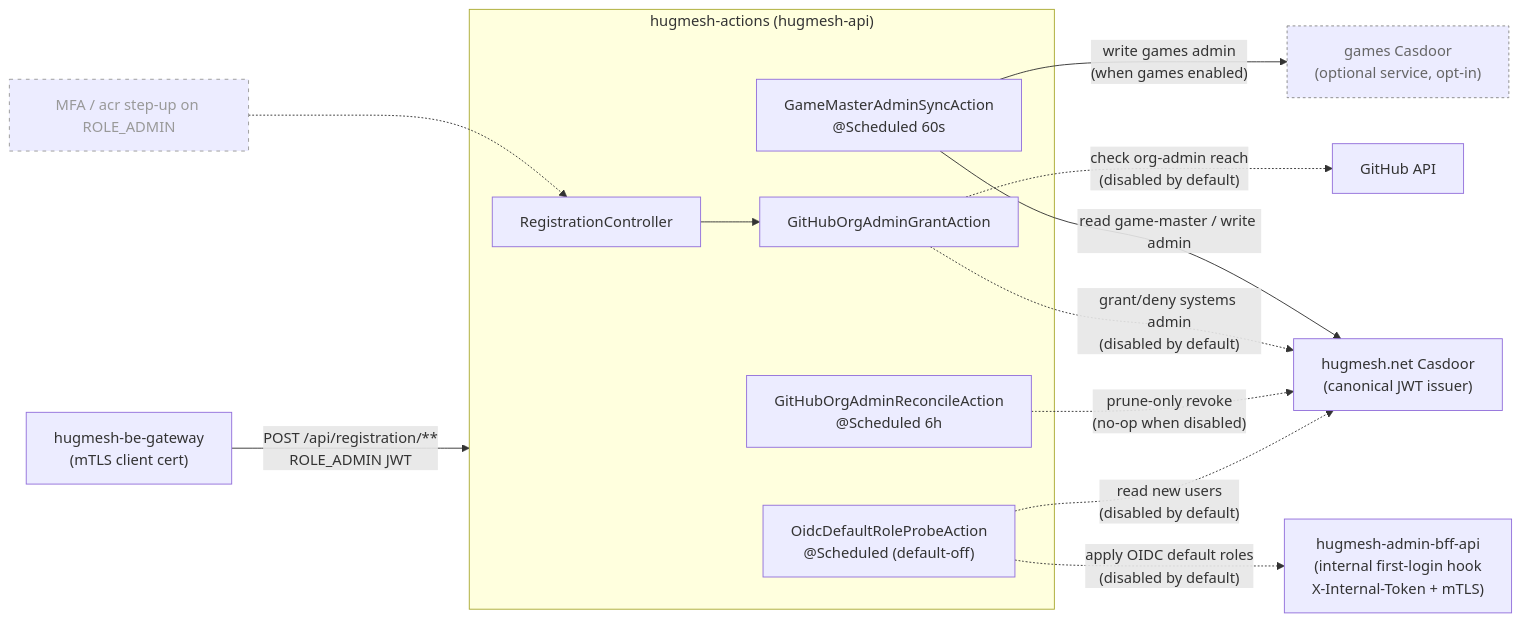
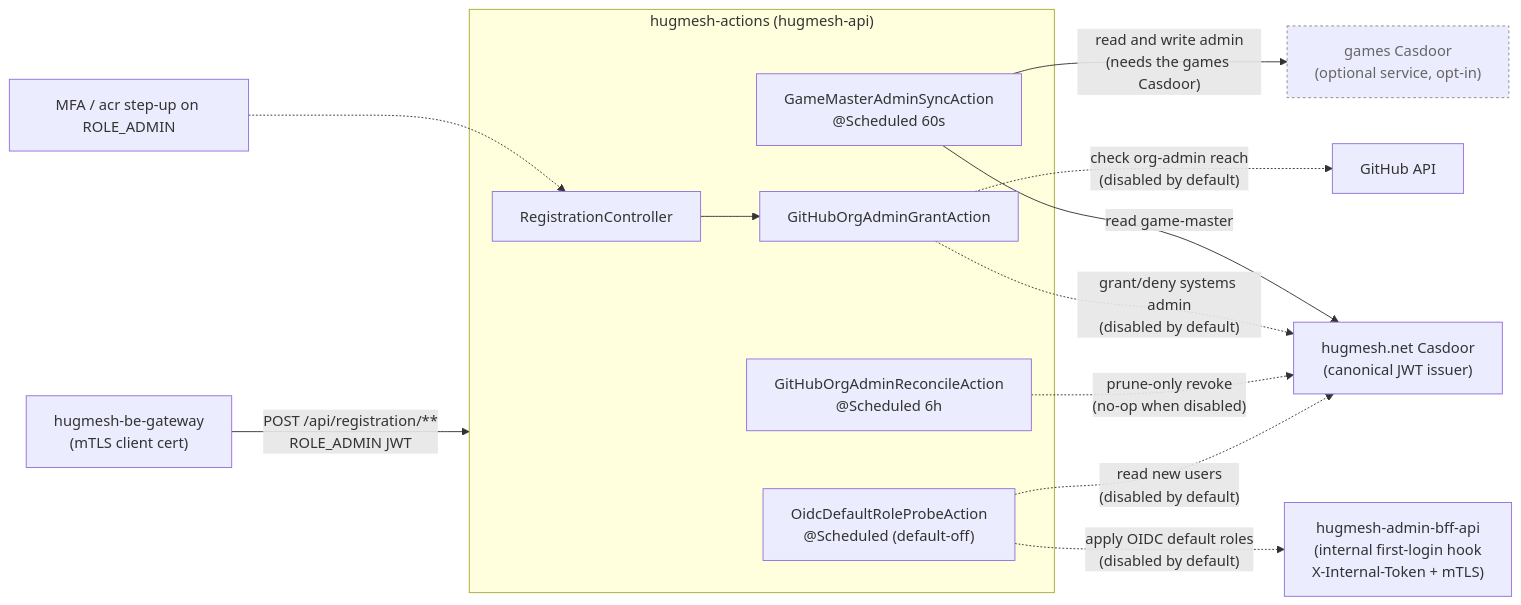
The first of 2 diagrams in content/reference/actions.md (hugmesh/hugmesh.github.io), drawn with Mermaid before and after one commit. The commit also changed other lines of this file and 166 other files, not shown here.

````diff
--- a/content/reference/actions.md
+++ b/content/reference/actions.md
@@ -38,32 +36,32 @@
 ```mermaid
 flowchart LR
     GW["hugmesh-be-gateway<br/>(mTLS client cert)"] -->|"POST /api/registration/**<br/>ROLE_ADMIN JWT"| API
 
     subgraph API["hugmesh-actions (hugmesh-api)"]
         RC["RegistrationController"]
         GM["GameMasterAdminSyncAction<br/>@Scheduled 60s"]
         REV["GitHubOrgAdminReconcileAction<br/>@Scheduled 6h"]
         GHA["GitHubOrgAdminGrantAction"]
         OIDC["OidcDefaultRoleProbeAction<br/>@Scheduled (default-off)"]
         RC --> GHA
     end
 
     SC["hugmesh.net Casdoor<br/>(canonical JWT issuer)"]
     GC["games Casdoor<br/>(optional service, opt-in)"]:::optional
     GH["GitHub API"]
     BFF["hugmesh-admin-bff-api<br/>(internal first-login hook<br/>X-Internal-Token + mTLS)"]
 
-    GM -->|"read game-master / write admin"| SC
-    GM -->|"write games admin<br/>(when games enabled)"| GC
+    GM -->|"read game-master"| SC
+    GM -->|"read and write admin<br/>(needs the games Casdoor)"| GC
     GHA -.->|"grant/deny systems admin<br/>(disabled by default)"| SC
     GHA -.->|"check org-admin reach<br/>(disabled by default)"| GH
     REV -.->|"prune-only revoke<br/>(no-op when disabled)"| SC
     OIDC -.->|"read new users<br/>(disabled by default)"| SC
     OIDC -.->|"apply OIDC default roles<br/>(disabled by default)"| BFF
 
-    MFA["MFA / acr step-up on ROLE_ADMIN"]:::planned
+    MFA["MFA / acr step-up on ROLE_ADMIN"]
     MFA -.-> RC
 
     classDef planned stroke-dasharray:4 5,stroke:#999,color:#999
     classDef optional stroke-dasharray:3 3,stroke:#888,color:#666
 ```
````
